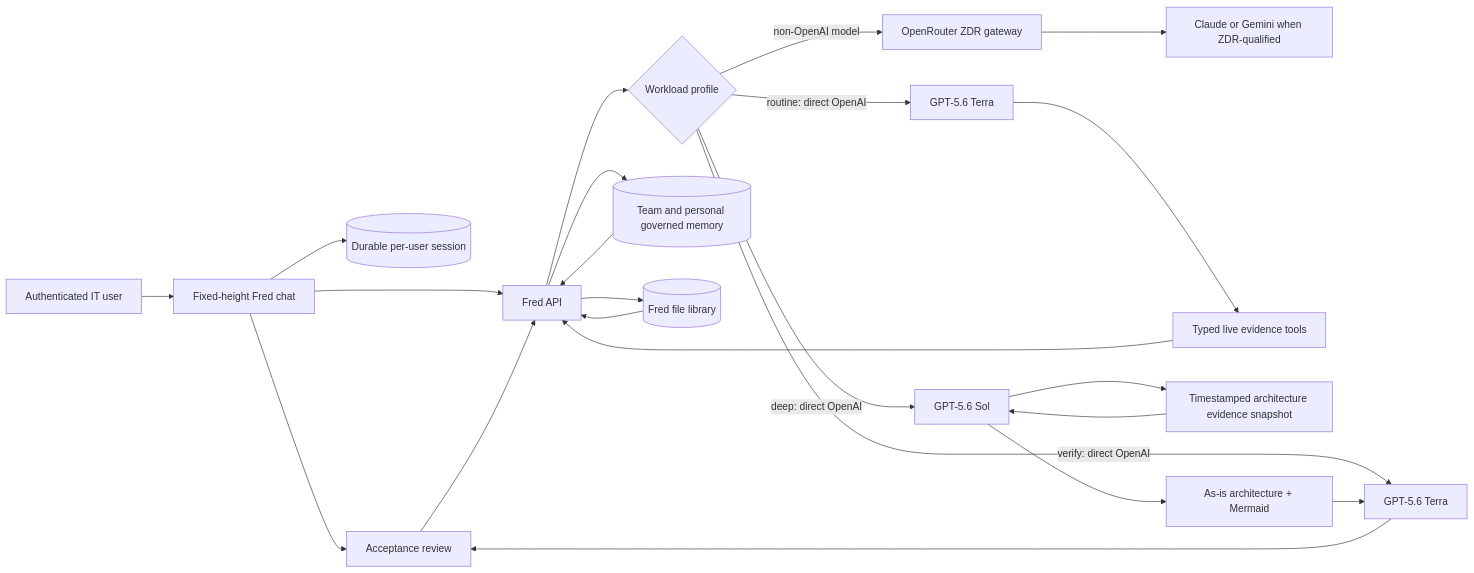
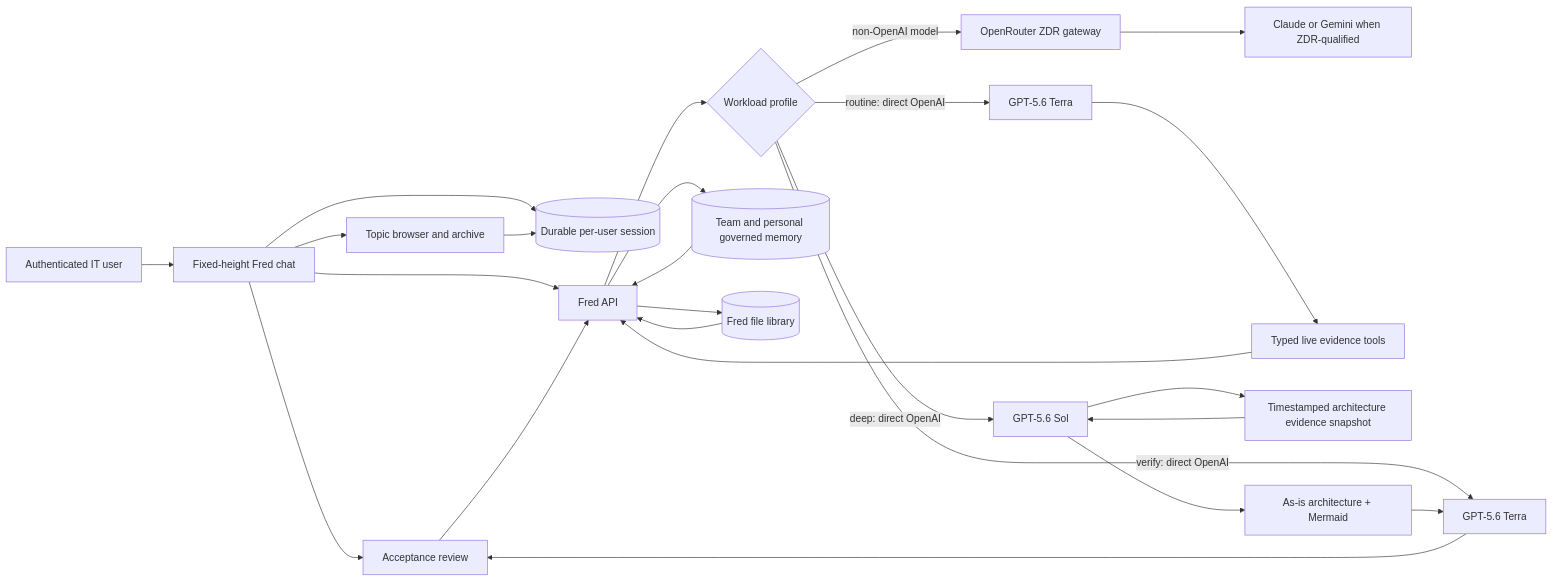
One commit to OlderschCoder/Network-Insight-Hub changed the diagram in docs/fred-model-memory-flow.mmd. Above: the diagram before and after it, drawn with Mermaid. The commit also changed 3 other files, not shown here.

```diff
--- a/docs/fred-model-memory-flow.mmd
+++ b/docs/fred-model-memory-flow.mmd
@@ -1,23 +1,25 @@
 flowchart LR
   U[Authenticated IT user] --> UI[Fixed-height Fred chat]
   UI --> S[(Durable per-user session)]
+  UI --> H[Topic browser and archive]
+  H --> S
   UI --> A[Protected active incident state]
   UI --> API[Fred API]
   A --> API
   API --> R{Workload profile}
   R -->|routine: direct OpenAI| T[GPT-5.6 Terra]
   R -->|deep: direct OpenAI| C[GPT-5.6 Sol]
   R -->|verify: direct OpenAI| V[GPT-5.6 Terra]
   R -->|non-OpenAI model| OR[OpenRouter ZDR gateway]
   OR --> X[Claude or Gemini when ZDR-qualified]
   T --> TOOLS[Typed live evidence tools]
   C --> SNAP[Timestamped architecture evidence snapshot]
   SNAP --> C
   C --> D[As-is architecture + Mermaid]
   D --> V
   V --> A[Acceptance review]
   API --> M[(Team and personal governed memory)]
   API --> F[(Fred file library)]
   TOOLS --> API
   M --> API
   F --> API
```
